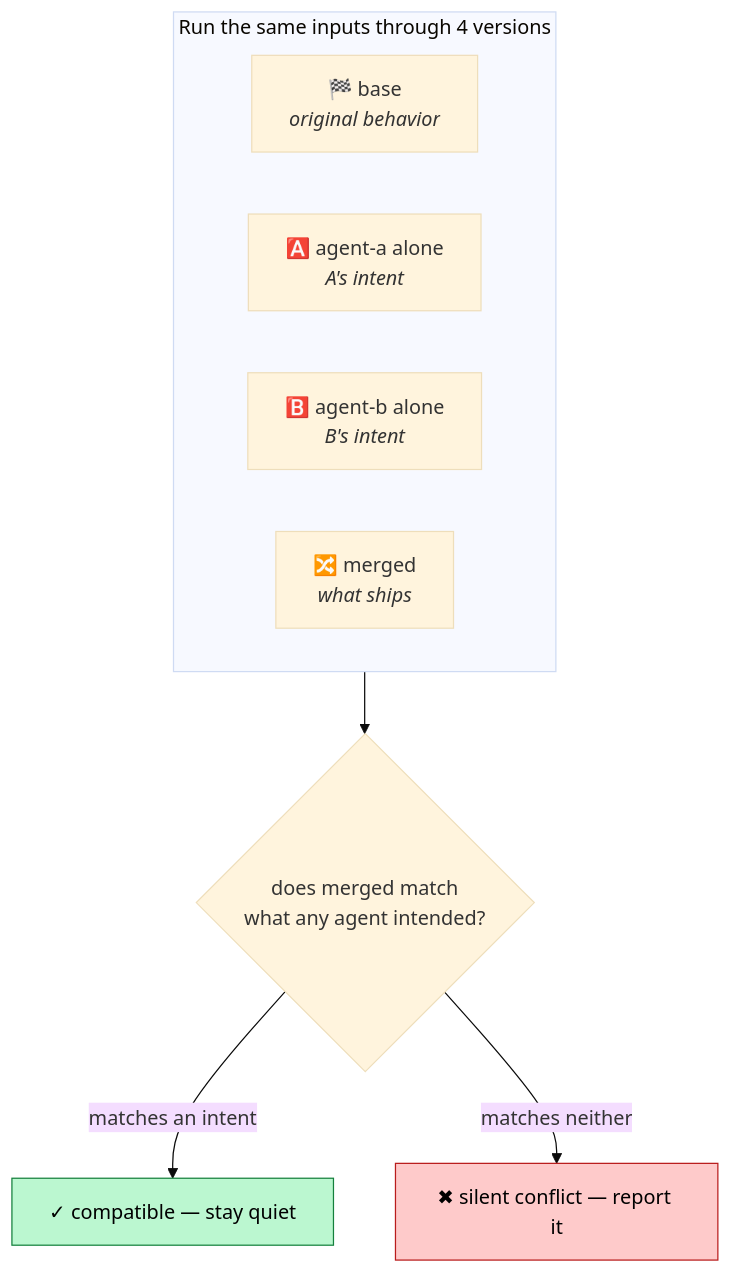
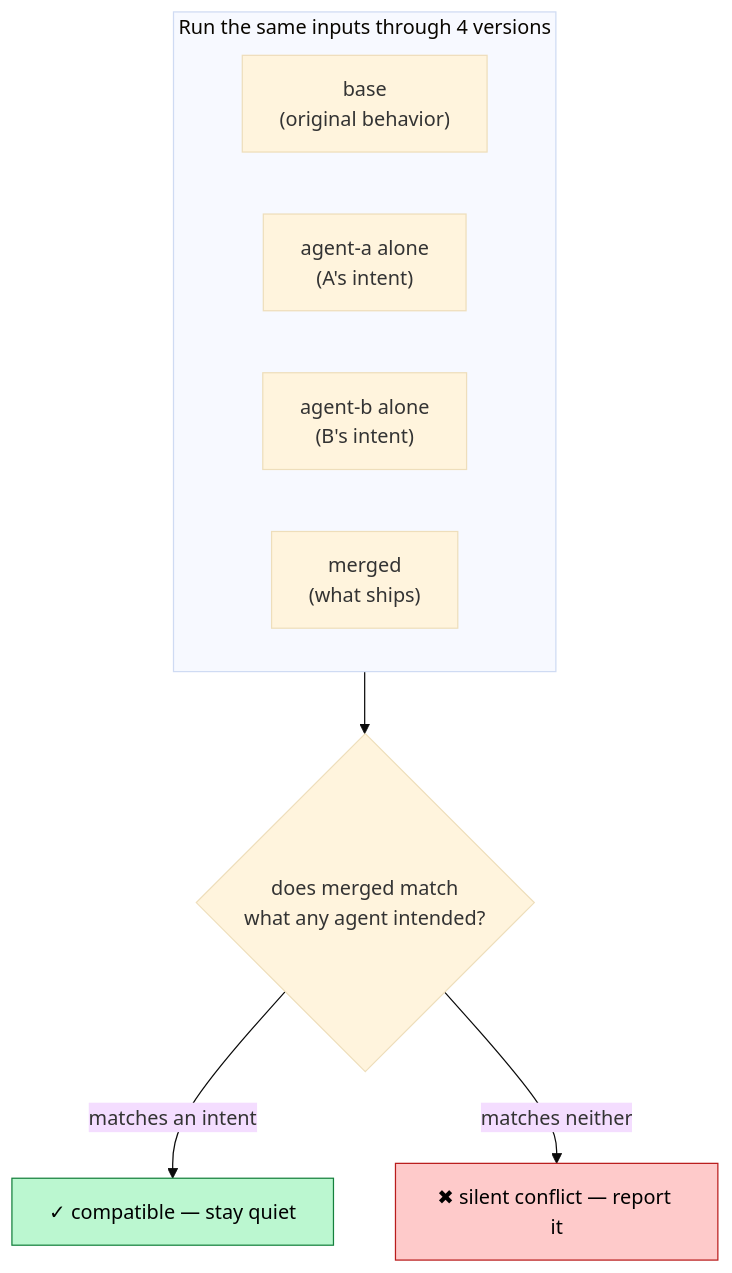
Before and after one commit to arbade/quietclash: the second of 2 diagrams in README.md, drawn with Mermaid (base theme).

Commit message:
Fix Mermaid render error in How it works (drop <i> tags + variation-selector emoji)
GitHub's Mermaid renderer rejects the <i>...</i> italics inside node labels
(the local CLI tolerates them, GitHub does not), which broke the 4-worlds
diagram. Replace italics with plain parentheses and drop the risky emoji.

````diff
--- a/README.md
+++ b/README.md
@@ -99,16 +99,16 @@
 ```mermaid
 flowchart TD
     subgraph worlds["Run the same inputs through 4 versions"]
         direction LR
-        BASE["🏁 base<br/><i>original behavior</i>"]
-        AA["🅰️ agent-a alone<br/><i>A's intent</i>"]
-        BB["🅱️ agent-b alone<br/><i>B's intent</i>"]
-        MM["🔀 merged<br/><i>what ships</i>"]
+        BASE["base<br/>(original behavior)"]
+        AA["agent-a alone<br/>(A's intent)"]
+        BB["agent-b alone<br/>(B's intent)"]
+        MM["merged<br/>(what ships)"]
     end
     worlds --> Q{"does merged match<br/>what any agent intended?"}
     Q -- "matches an intent" --> OK["✓ compatible — stay quiet"]
     Q -- "matches neither" --> BAD["✖ silent conflict — report it"]
 
     style BAD fill:#fecaca,stroke:#b91c1c,color:#000
     style OK fill:#bbf7d0,stroke:#15803d,color:#000
 ```
````
